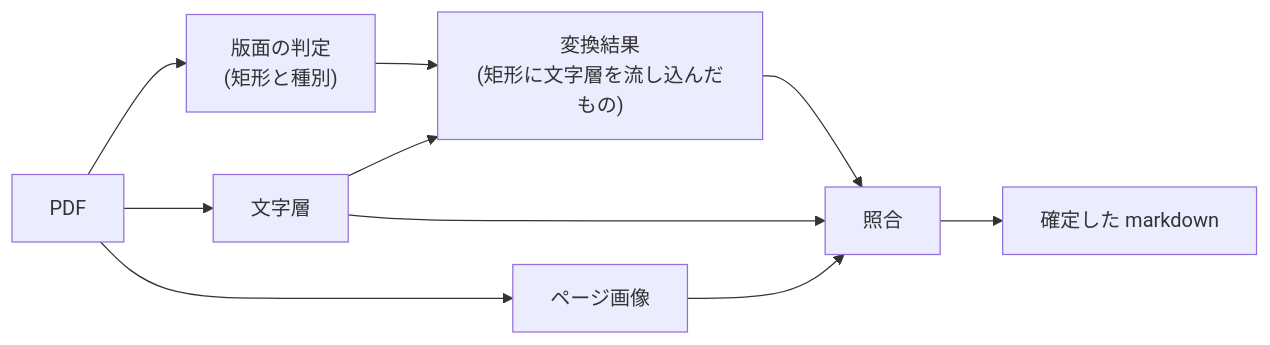
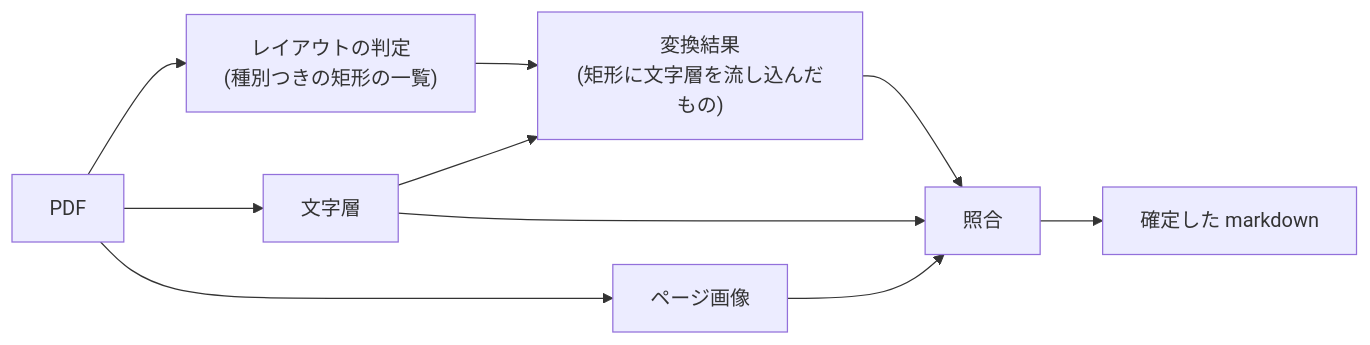
The diagram in docs/design/0010_reading_text_in_verification.md (MatchaChoco010/carrel), drawn with Mermaid before and after one commit. The commit also changed other lines of this file, not shown here.

````diff
--- a/docs/design/0010_reading_text_in_verification.md
+++ b/docs/design/0010_reading_text_in_verification.md
@@ -65,12 +66,12 @@
 ```mermaid
 flowchart LR
-  P["PDF"] --> L["版面の判定<br/>(矩形と種別)"]
+  P["PDF"] --> L["レイアウトの判定<br/>(種別つきの矩形の一覧)"]
   P --> T["文字層"]
   P --> I["ページ画像"]
   L --> C["変換結果<br/>(矩形に文字層を流し込んだもの)"]
   T --> C
   C --> V["照合"]
   T --> V
   I --> V
   V --> M["確定した markdown"]
 ```
````
